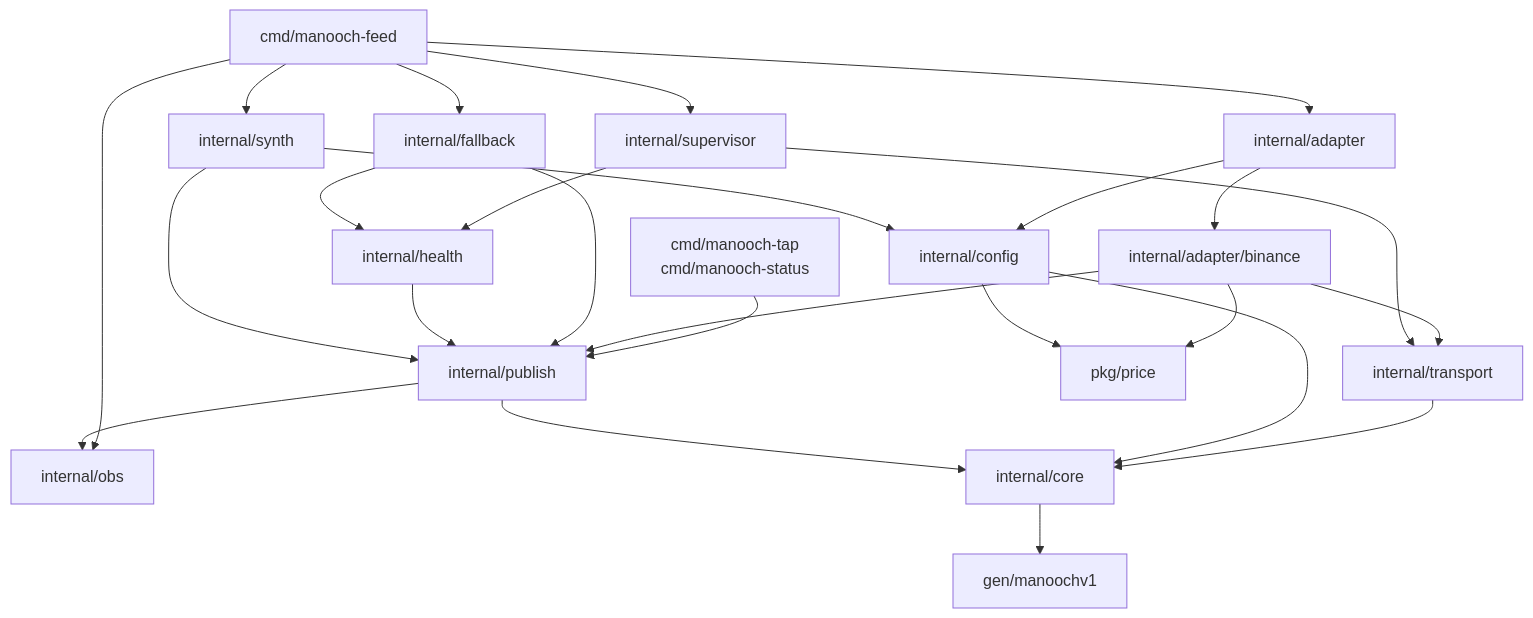
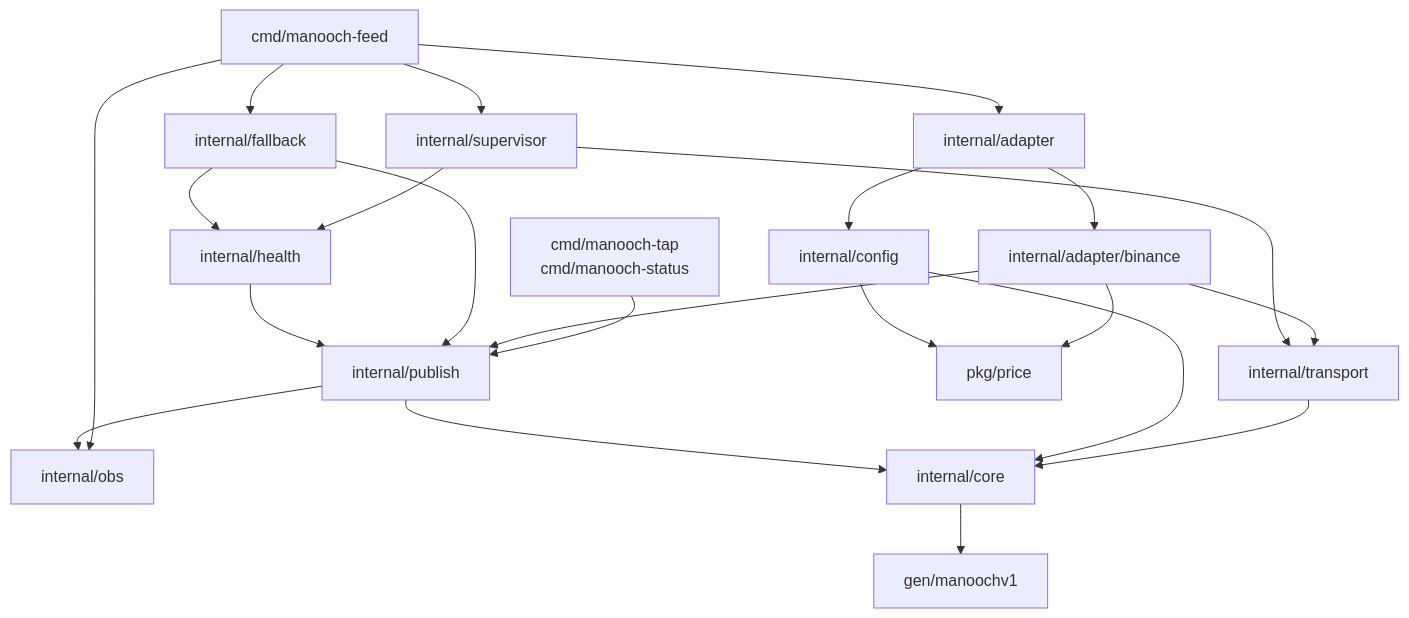
One commit to mrfatolahi1/Manooch changed the first of 2 diagrams in docs/architecture.md. Above: the diagram before and after it, drawn with Mermaid. The commit also changed other lines of this file and 13 other files, not shown here.

````diff
--- a/docs/architecture.md
+++ b/docs/architecture.md
@@ -42,27 +42,24 @@
 ```mermaid
 graph TD
   feed["cmd/manooch-feed"] --> adapter["internal/adapter"]
   feed --> supervisor["internal/supervisor"]
   feed --> fallback["internal/fallback"]
-  feed --> synth["internal/synth"]
   feed --> obs["internal/obs"]
   cli["cmd/manooch-tap<br/>cmd/manooch-status"] --> publish["internal/publish"]
   adapter --> binance["internal/adapter/binance"]
   adapter --> config["internal/config"]
   binance --> transport["internal/transport"]
   binance --> publish
   binance --> price["pkg/price"]
   supervisor --> health["internal/health"]
   supervisor --> transport
   fallback --> health
   fallback --> publish
   health --> publish
   transport --> core["internal/core"]
-  synth --> config
-  synth --> publish
   config --> core
   config --> price
   publish --> core
   publish --> obs
   core --> gen["gen/manoochv1"]
 ```
````
